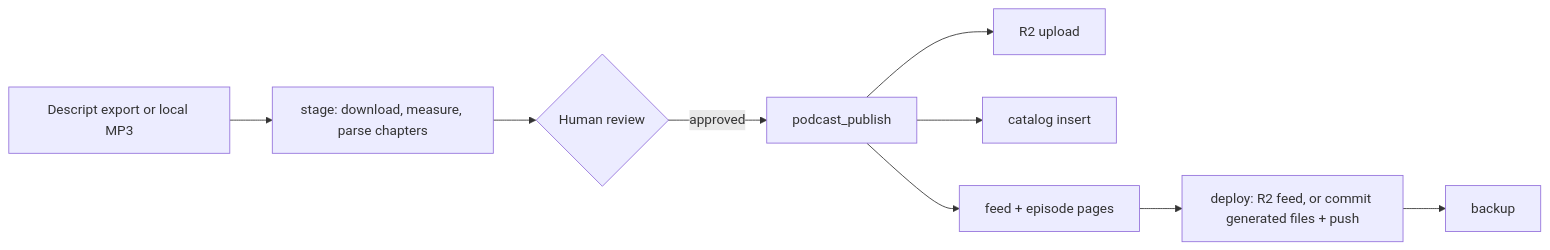
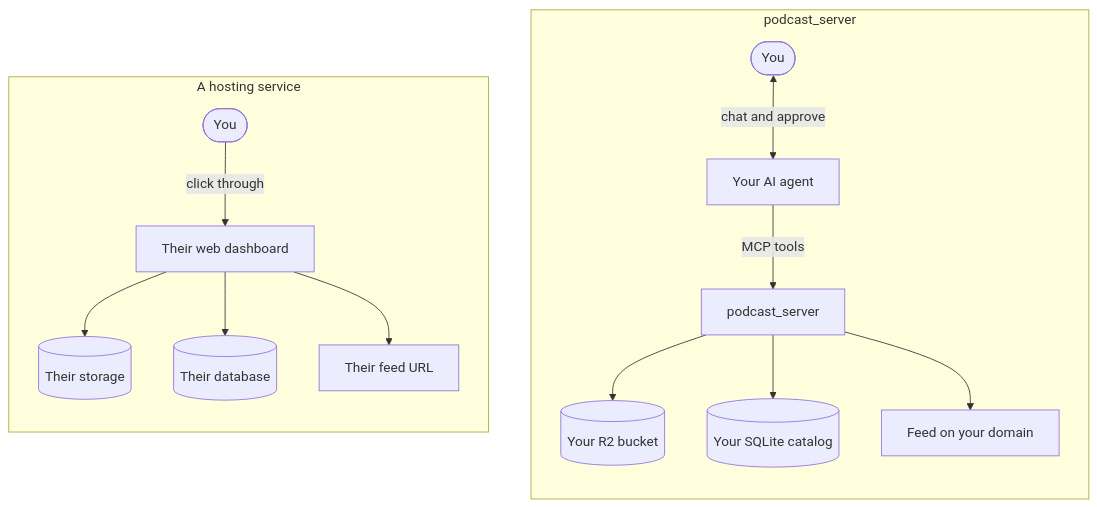
The first of 4 diagrams in README.md (harpreetsahota204/podcast_server), drawn with Mermaid before and after one commit. The commit also changed other lines of this file, not shown here.

````diff
--- a/README.md
+++ b/README.md
@@ -22,11 +34,19 @@
 ```mermaid
 flowchart LR
-    A[Descript export or local MP3] --> B[stage: download, measure, parse chapters]
-    B --> C{Human review}
-    C -->|approved| D[podcast_publish]
-    D --> E[R2 upload]
-    D --> F[catalog insert]
-    D --> G[feed + episode pages]
-    G --> H[deploy: R2 feed, or commit generated files + push]
-    H --> I[backup]
+    subgraph hosted["A hosting service"]
+        direction TB
+        Y1([You]) -->|click through| D[Their web dashboard]
+        D --> S1[(Their storage)]
+        D --> C1[(Their database)]
+        D --> F1[Their feed URL]
+    end
+    subgraph self["podcast_server"]
+        direction TB
+        Y2([You]) <-->|chat and approve| A[Your AI agent]
+        A -->|MCP tools| E[podcast_server]
+        E --> S2[(Your R2 bucket)]
+        E --> C2[(Your SQLite catalog)]
+        E --> F2[Feed on your domain]
+    end
+    hosted ~~~ self
 ```
````
